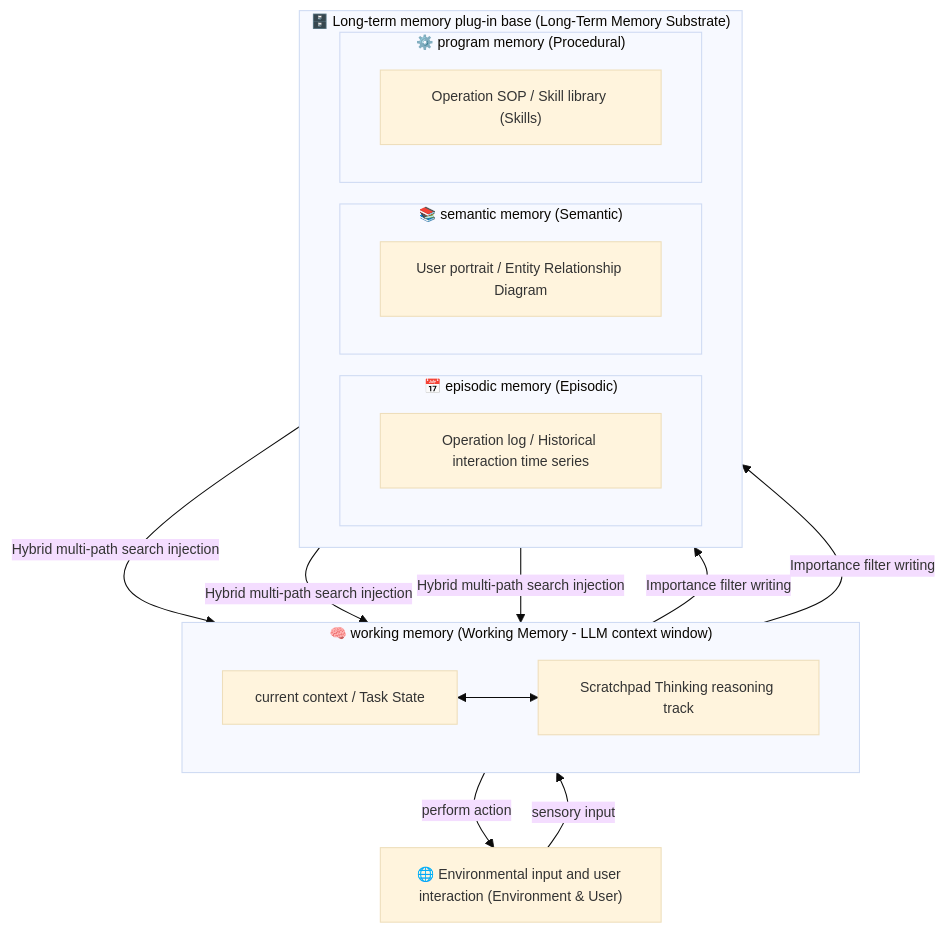
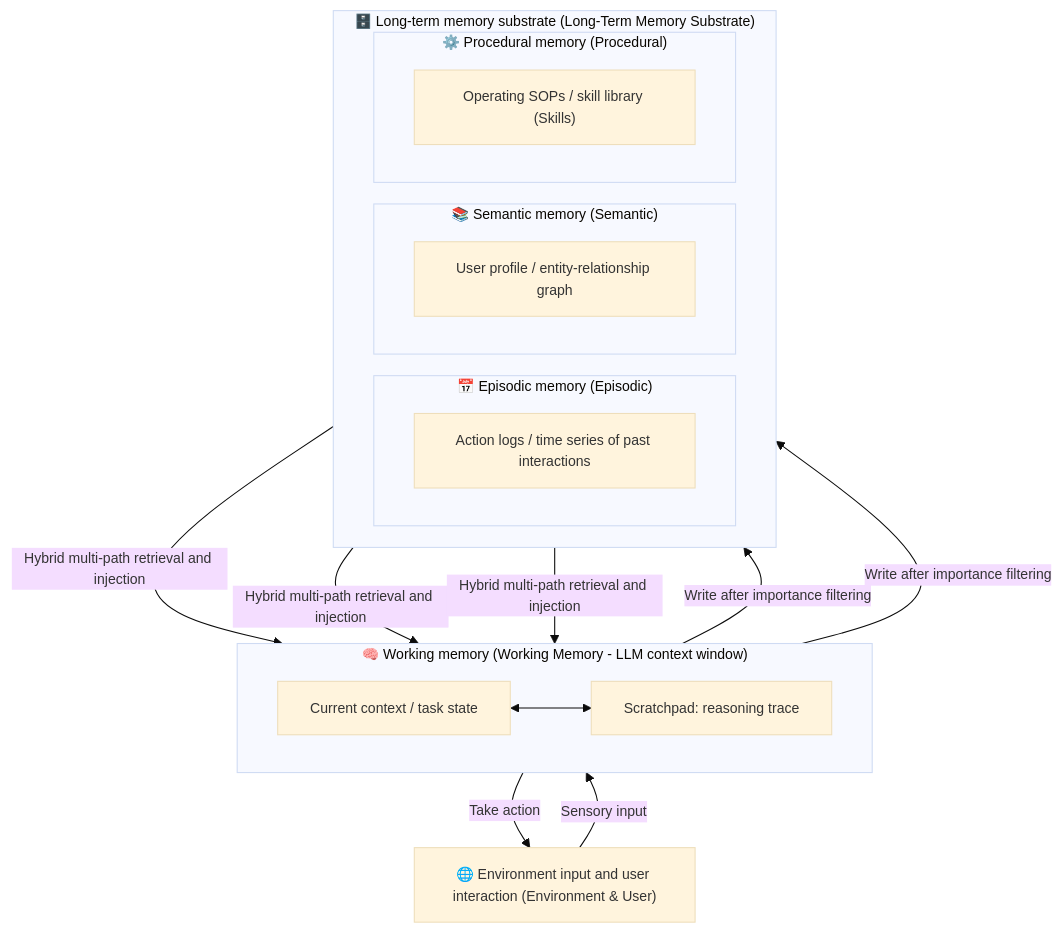
One commit to TingdeLiu/tingdeliu.github.io changed diagram 12 of 50 in _translations/en/research/AI-Agent-Survey.md. Above: the diagram before and after it, drawn with Mermaid. The commit also changed other lines of this file and 51 other files, not shown here.

````diff
--- a/_translations/en/research/AI-Agent-Survey.md
+++ b/_translations/en/research/AI-Agent-Survey.md
@@ -804,28 +804,28 @@
 ```mermaid
 %%{init: {'theme': 'base', 'themeVariables': { 'fontSize': '13px'}}}%%
 flowchart TB
-    ENV["🌐 Environmental input and user interaction (Environment & User)"]
+    ENV["🌐 Environment input and user interaction (Environment & User)"]
 
-    subgraph WORKING ["🧠 working memory (Working Memory - LLM context window)"]
+    subgraph WORKING ["🧠 Working memory (Working Memory - LLM context window)"]
         direction LR
-        CTX["current context / Task State"] <--> SCRATCH["Scratchpad Thinking reasoning track"]
+        CTX["Current context / task state"] <--> SCRATCH["Scratchpad: reasoning trace"]
     end
 
-    subgraph LONG_TERM ["🗄️ Long-term memory plug-in base (Long-Term Memory Substrate)"]
+    subgraph LONG_TERM ["🗄️ Long-term memory substrate (Long-Term Memory Substrate)"]
         direction LR
-        subgraph EP_BOX ["📅 episodic memory (Episodic)"]
-            EP["Operation log / Historical interaction time series"]
+        subgraph EP_BOX ["📅 Episodic memory (Episodic)"]
+            EP["Action logs / time series of past interactions"]
         end
-        subgraph SEM_BOX ["📚 semantic memory (Semantic)"]
-            SEM["User portrait / Entity Relationship Diagram"]
+        subgraph SEM_BOX ["📚 Semantic memory (Semantic)"]
+            SEM["User profile / entity-relationship graph"]
         end
-        subgraph PROC_BOX ["⚙️ program memory (Procedural)"]
-            PROC["Operation SOP / Skill library (Skills)"]
+        subgraph PROC_BOX ["⚙️ Procedural memory (Procedural)"]
+            PROC["Operating SOPs / skill library (Skills)"]
         end
     end
 
-    ENV -->|"sensory input"| CTX
-    CTX -->|"Importance filter writing"| EP & SEM
-    EP & SEM & PROC -->|"Hybrid multi-path search injection"| CTX
-    CTX -->|"perform action"| ENV
+    ENV -->|"Sensory input"| CTX
+    CTX -->|"Write after importance filtering"| EP & SEM
+    EP & SEM & PROC -->|"Hybrid multi-path retrieval and injection"| CTX
+    CTX -->|"Take action"| ENV
 ```
````
